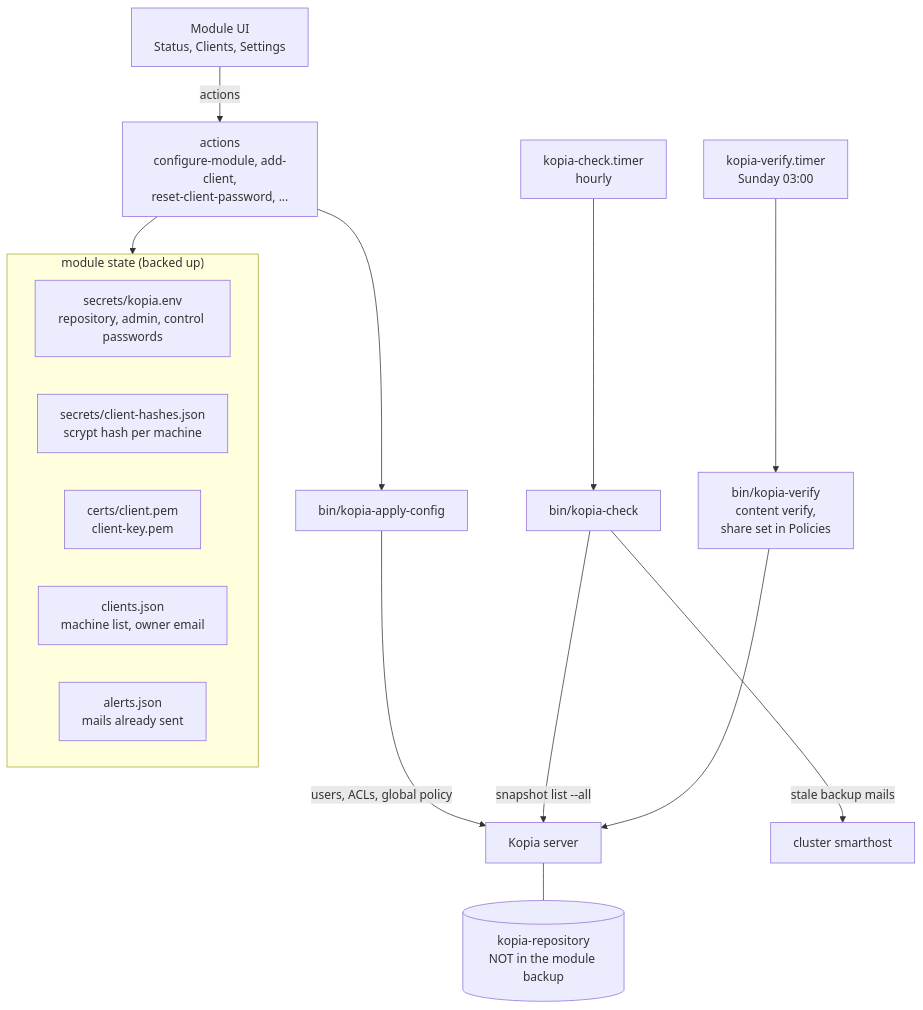
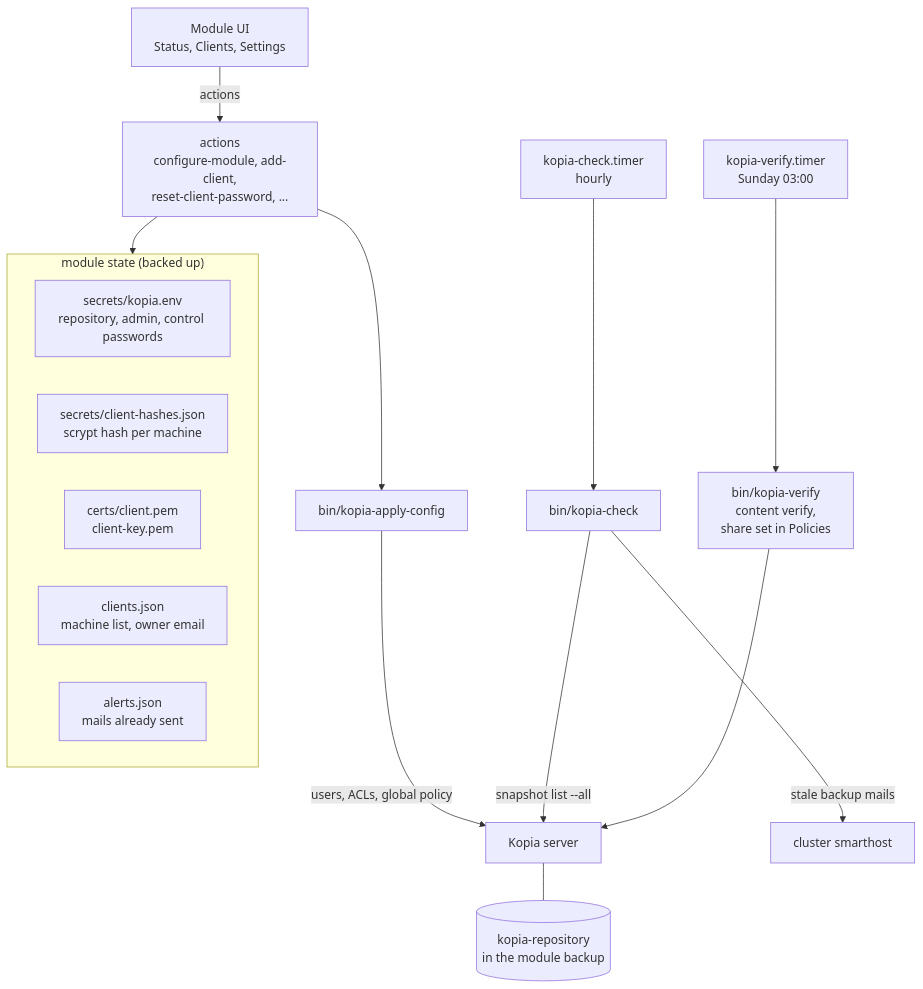
One commit to stephdl/ns8-kopia changed the second of 3 diagrams in README.md. Above: the diagram before and after it, drawn with Mermaid. The commit also changed other lines of this file and 9 other files, not shown here.

First line of the commit message:
feat: include the repository in the module backup (#12)

````diff
--- a/README.md
+++ b/README.md
@@ -53,20 +53,20 @@
 ```mermaid
 flowchart TB
     UI["Module UI<br/>Status, Clients, Settings"] -- actions --> ACT
     subgraph State["module state (backed up)"]
         S1["secrets/kopia.env<br/>repository, admin, control passwords"]
         S2["secrets/client-hashes.json<br/>scrypt hash per machine"]
         S3["certs/client.pem<br/>client-key.pem"]
         S4["clients.json<br/>machine list, owner email"]
         S5["alerts.json<br/>mails already sent"]
     end
     ACT["actions<br/>configure-module, add-client,<br/>reset-client-password, ..."] --> State
     ACT --> APPLY["bin/kopia-apply-config"]
     APPLY -- "users, ACLs, global policy" --> K[Kopia server]
     T1["kopia-check.timer<br/>hourly"] --> CHECK["bin/kopia-check"]
     CHECK -- "snapshot list --all" --> K
     CHECK -- "stale backup mails" --> SMTP["cluster smarthost"]
     T2["kopia-verify.timer<br/>Sunday 03:00"] --> VERIFY["bin/kopia-verify<br/>content verify,<br/>share set in Policies"]
     VERIFY --> K
-    K --- REPO[("kopia-repository<br/>NOT in the module backup")]
+    K --- REPO[("kopia-repository<br/>in the module backup")]
 ```
````
